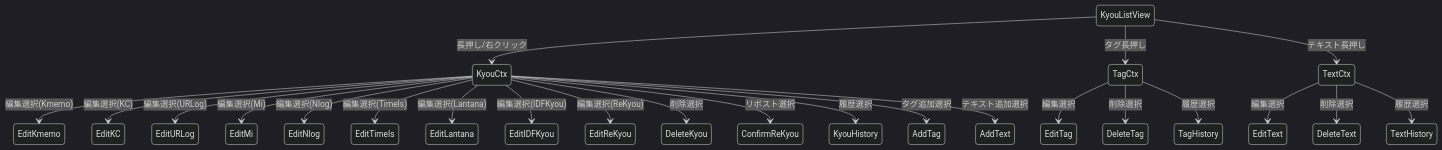
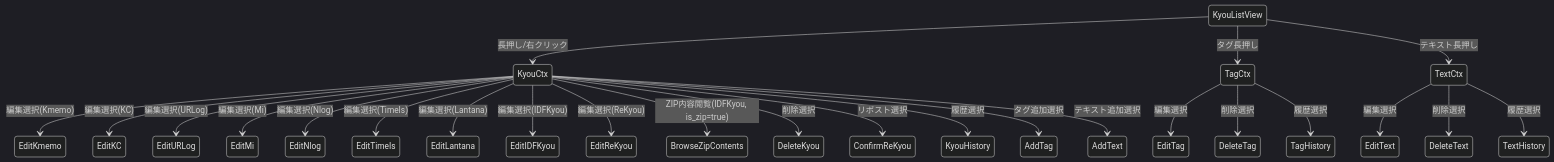
The second of 6 diagrams in documents/reverse/screen-transition.md (mt3hr/gkill), drawn with Mermaid (dark theme) before and after one commit. The commit also changed other lines of this file and 49 other files, not shown here.

````diff
--- a/documents/reverse/screen-transition.md
+++ b/documents/reverse/screen-transition.md
@@ -68,29 +68,30 @@
 ```mermaid
 stateDiagram-v2
     KyouListView --> KyouCtx: 長押し/右クリック
     KyouListView --> TagCtx: タグ長押し
     KyouListView --> TextCtx: テキスト長押し
 
     KyouCtx --> EditKmemo: 編集選択(Kmemo)
     KyouCtx --> EditKC: 編集選択(KC)
     KyouCtx --> EditURLog: 編集選択(URLog)
     KyouCtx --> EditMi: 編集選択(Mi)
     KyouCtx --> EditNlog: 編集選択(Nlog)
     KyouCtx --> EditTimeIs: 編集選択(TimeIs)
     KyouCtx --> EditLantana: 編集選択(Lantana)
     KyouCtx --> EditIDFKyou: 編集選択(IDFKyou)
     KyouCtx --> EditReKyou: 編集選択(ReKyou)
+    KyouCtx --> BrowseZipContents: ZIP内容閲覧(IDFKyou, is_zip=true)
     KyouCtx --> DeleteKyou: 削除選択
     KyouCtx --> ConfirmReKyou: リポスト選択
     KyouCtx --> KyouHistory: 履歴選択
     KyouCtx --> AddTag: タグ追加選択
     KyouCtx --> AddText: テキスト追加選択
 
     TagCtx --> EditTag: 編集選択
     TagCtx --> DeleteTag: 削除選択
     TagCtx --> TagHistory: 履歴選択
 
     TextCtx --> EditText: 編集選択
     TextCtx --> DeleteText: 削除選択
     TextCtx --> TextHistory: 履歴選択
 ```
````
